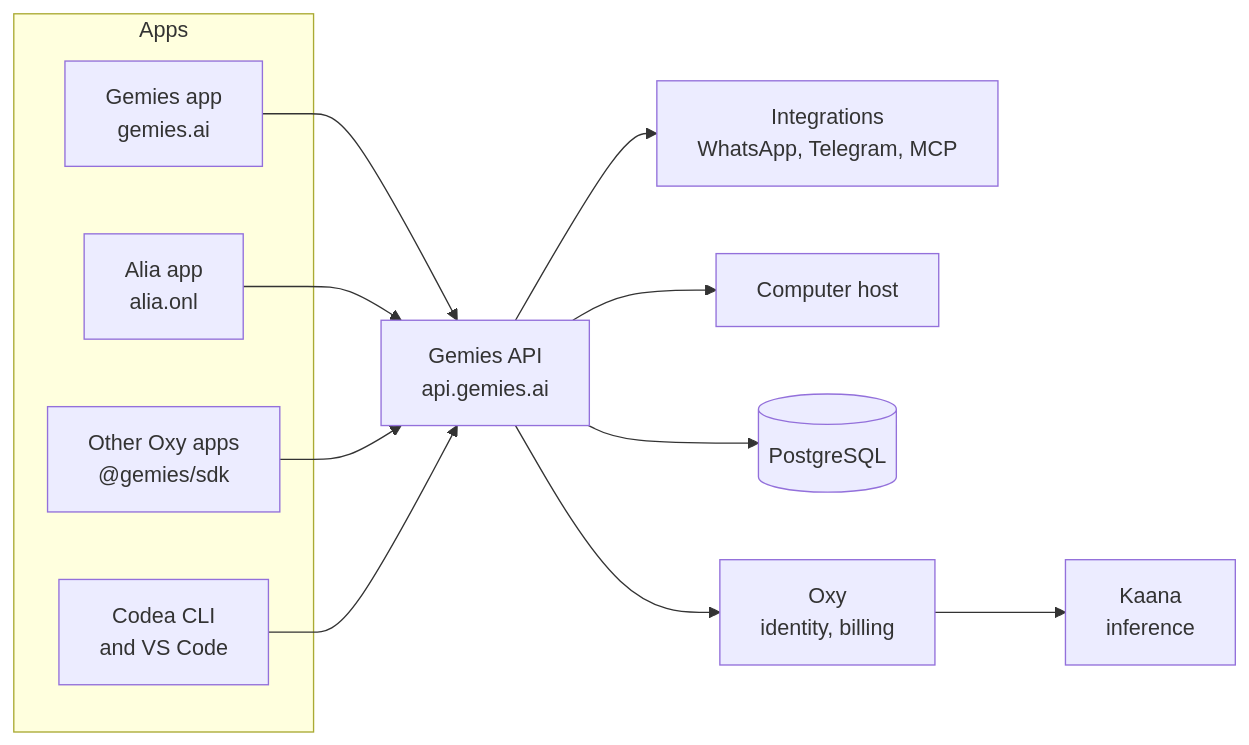
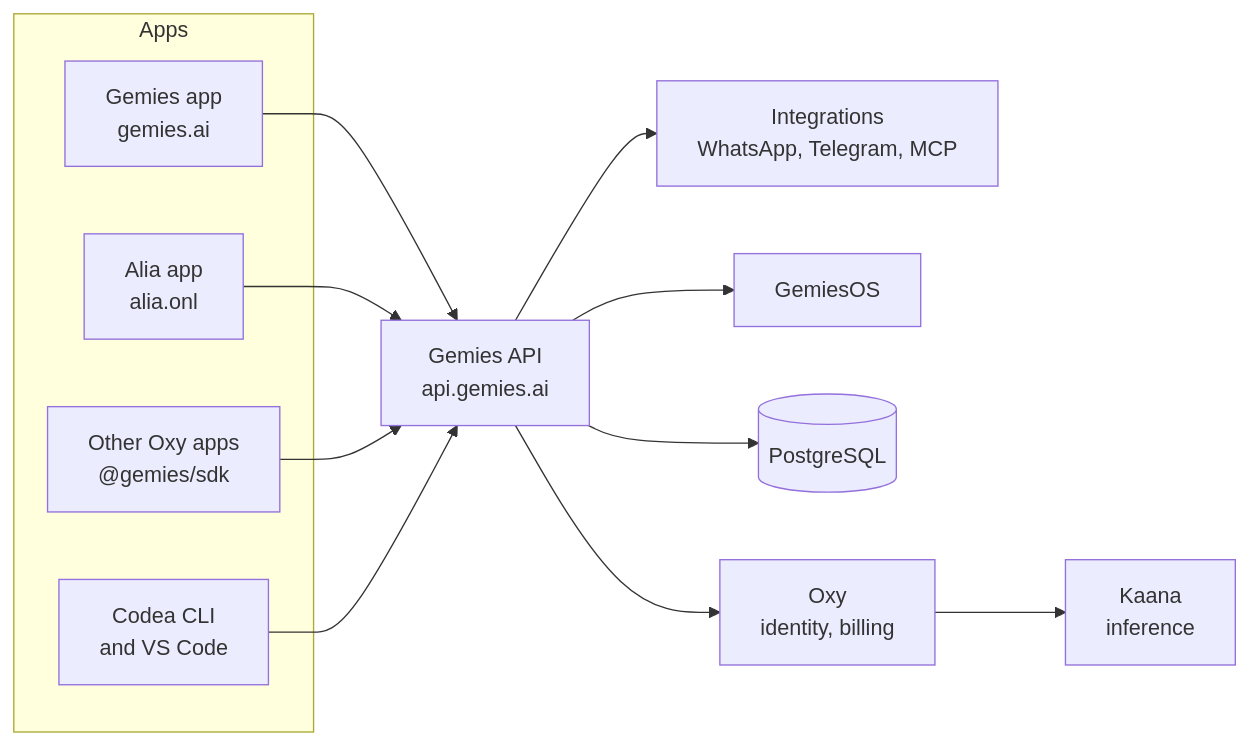
One commit to OxyHQ/Gemies changed the diagram in README.md. Above: the diagram before and after it, drawn with Mermaid. The commit also changed other lines of this file and 121 other files, not shown here.

First line of the commit message:
refactor(gemies-os): el host de ordenadores de los gemies es GemiesOS

````diff
--- a/README.md
+++ b/README.md
@@ -118,15 +118,15 @@
 ```mermaid
 flowchart LR
   subgraph Apps
     G[Gemies app<br/>gemies.ai]
     A[Alia app<br/>alia.onl]
     O[Other Oxy apps<br/>@gemies/sdk]
     C[Codea CLI<br/>and VS Code]
   end
   G & A & O & C --> API[Gemies API<br/>api.gemies.ai]
   API --> I[Integrations<br/>WhatsApp, Telegram, MCP]
-  API --> H[Computer host]
+  API --> H[GemiesOS]
   API --> DB[(PostgreSQL)]
   API --> Oxy[Oxy<br/>identity, billing]
   Oxy --> K[Kaana<br/>inference]
 ```
````
